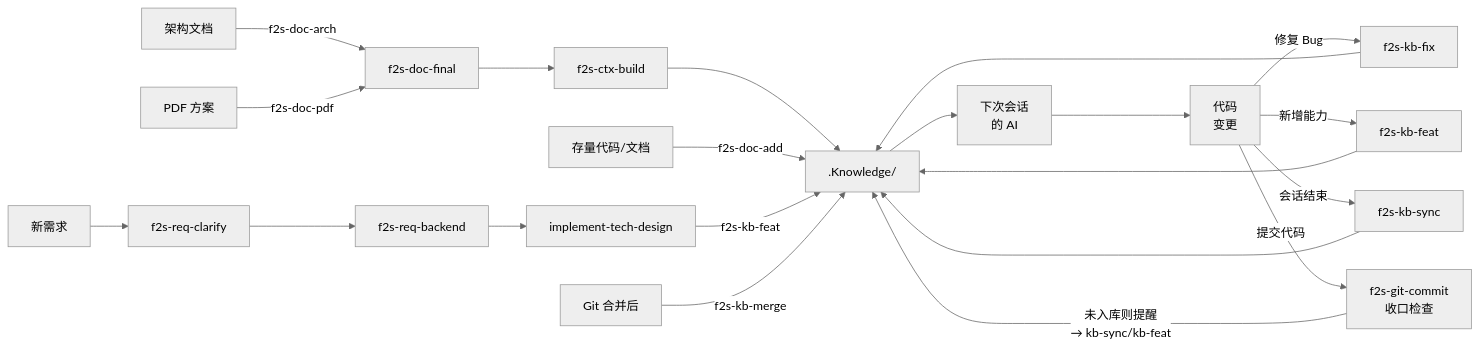
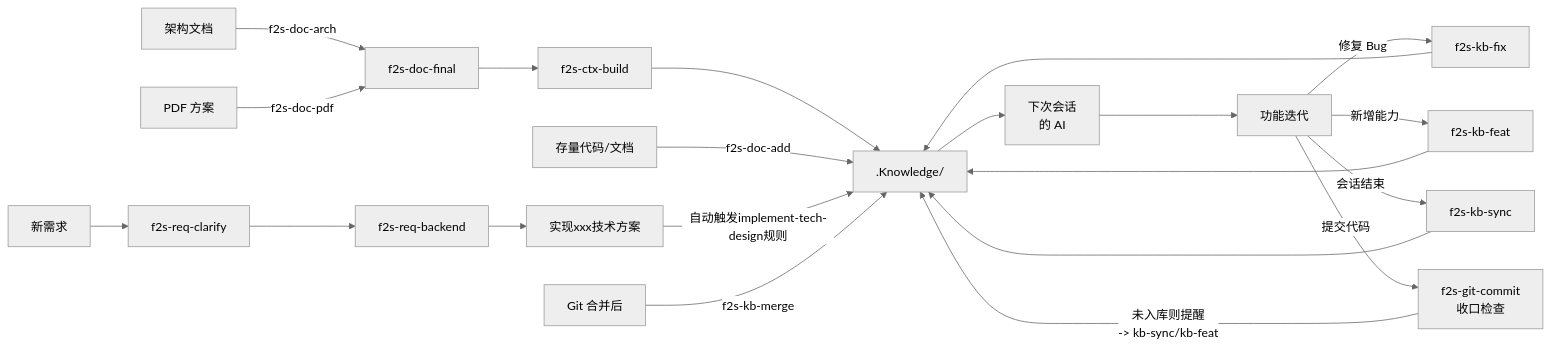
The third of 7 diagrams in docs/Flow2Spec-设计说明.md (Lands-1203/Flow2Spec), drawn with Mermaid (neutral theme) before and after one commit. The commit also changed other lines of this file and 3 other files, not shown here.

````diff
--- a/docs/Flow2Spec-设计说明.md
+++ b/docs/Flow2Spec-设计说明.md
@@ -64,22 +64,22 @@
 ```mermaid
 graph LR
     K[".Knowledge/"] --> AI["下次会话\n的 AI"]
-    AI --> C["代码\n变更"]
+    AI --> C["功能迭代"]
 
     C -->|"修复 Bug"| FIX["f2s-kb-fix"] --> K
     C -->|"新增能力"| FEAT["f2s-kb-feat"] --> K
     C -->|"会话结束"| SYNC["f2s-kb-sync"] --> K
     C -->|"提交代码"| CMT["f2s-git-commit\n收口检查"]
-    CMT -->|"未入库则提醒\n→ kb-sync/kb-feat"| K
+    CMT -->|"未入库则提醒\n-> kb-sync/kb-feat"| K
 
     D1["架构文档"] -->|f2s-doc-arch| FIN["f2s-doc-final"]
     D2["PDF 方案"] -->|f2s-doc-pdf| FIN
     FIN --> CTX["f2s-ctx-build"] --> K
 
     OLD["存量代码/文档"] -->|f2s-doc-add| K
 
     NR["新需求"] --> CL["f2s-req-clarify"] --> BE["f2s-req-backend"]
-    BE --> IMPL["implement-tech-design"] -->|f2s-kb-feat| K
+    BE --> IMPL["实现xxx技术方案"] -->|自动触发implement-tech-design规则| K
 
     GIT["Git 合并后"] -->|f2s-kb-merge| K
 ```
````
